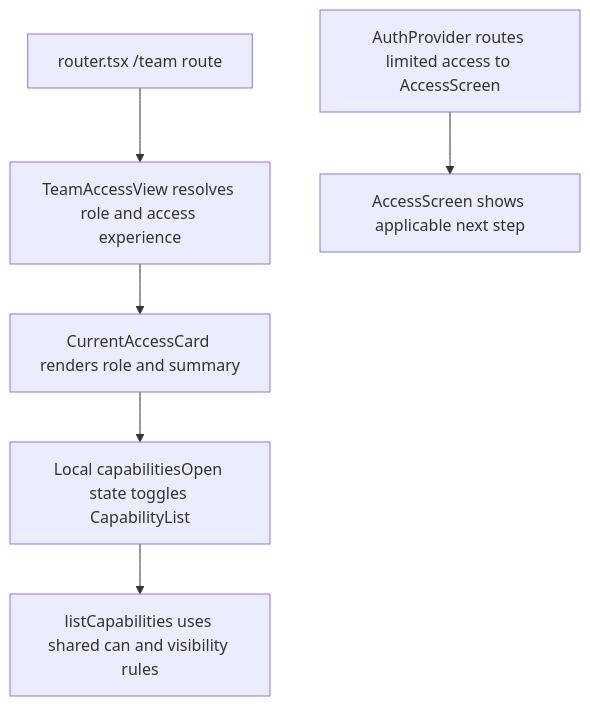
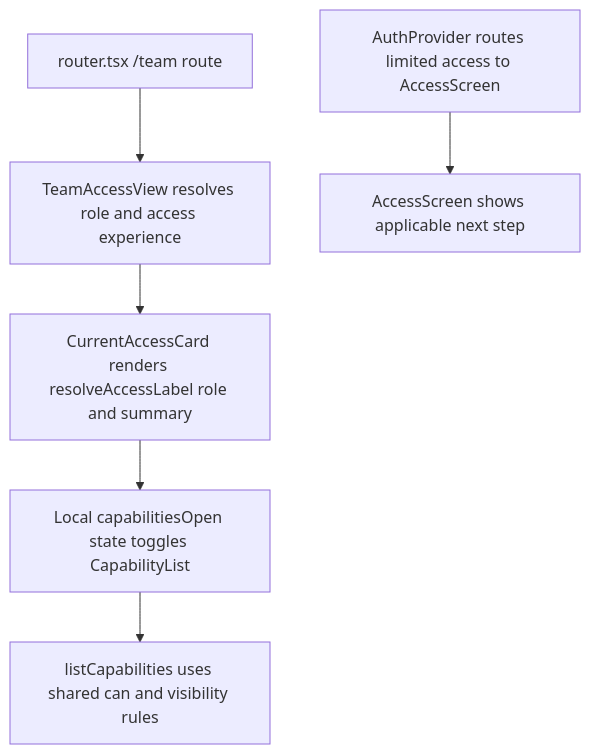
The second of 2 diagrams in user-stories/team/US-TEAM-01-check-access.md (Kevinjohn/capacitylens), drawn with Mermaid before and after one commit. The commit also changed other lines of this file and 35 other files, not shown here.

````diff
--- a/user-stories/team/US-TEAM-01-check-access.md
+++ b/user-stories/team/US-TEAM-01-check-access.md
@@ -31,8 +31,8 @@
 ```mermaid
 flowchart TD
     Route["router.tsx /team route"] --> View["TeamAccessView resolves role and access experience"]
-    View --> Card["CurrentAccessCard renders role and summary"]
+    View --> Card["CurrentAccessCard renders resolveAccessLabel role and summary"]
     Card --> Toggle["Local capabilitiesOpen state toggles CapabilityList"]
     Toggle --> Capabilities["listCapabilities uses shared can and visibility rules"]
     Auth["AuthProvider routes limited access to AccessScreen"] --> Limited["AccessScreen shows applicable next step"]
 ```
````
